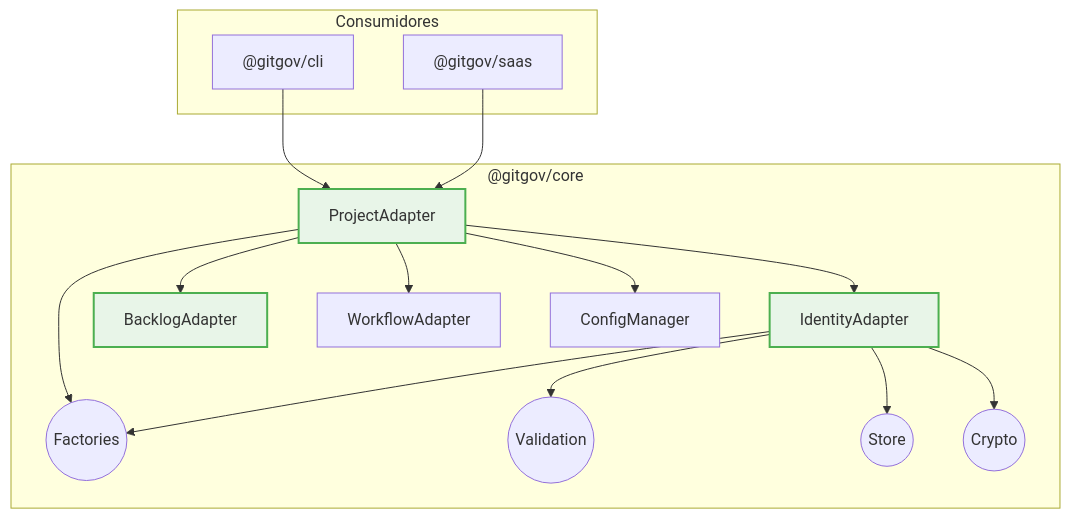
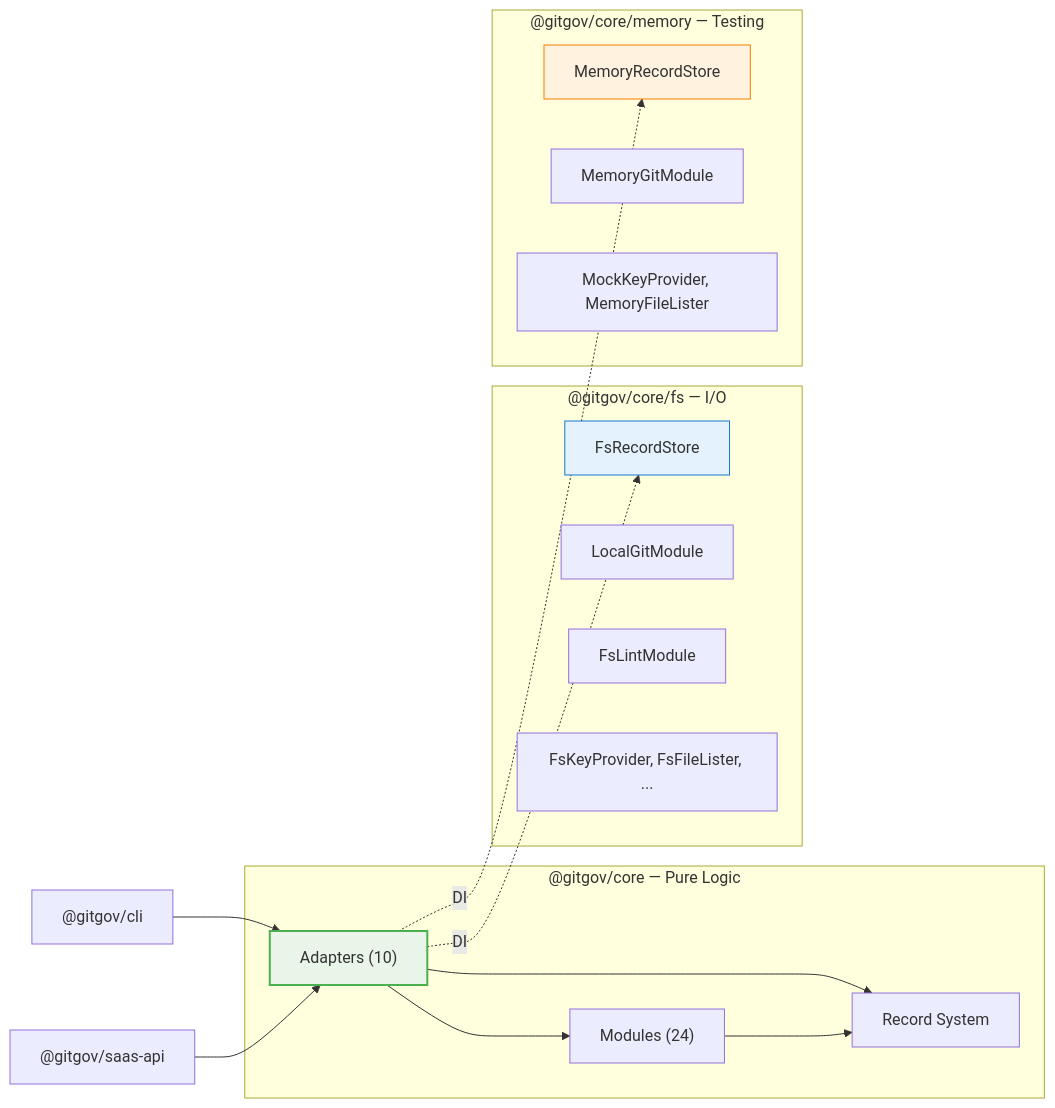
Before and after one commit to gitgovernance/monorepo: the diagram in packages/core/README.md, drawn with Mermaid. The commit also changed other lines of this file and 1 other file, not shown here.

First line of the commit message:
docs(core,cli): rewrite package READMEs

````diff
--- a/packages/core/README.md
+++ b/packages/core/README.md
@@ -138,26 +47,35 @@
 ```mermaid
-graph TD
-    subgraph "@gitgov/core"
-        PA[ProjectAdapter] --> IA[IdentityAdapter];
-        PA --> BA[BacklogAdapter];
-        PA --> WMA[WorkflowAdapter];
-        PA --> CM[ConfigManager];
-        PA --> F((Factories));
-        IA --> F;
-        IA --> V((Validation));
-        IA --> S((Store));
-        IA --> CR((Crypto));
+graph LR
+    subgraph "@gitgov/core — Pure Logic"
+        Adapters["Adapters (10)"]
+        Modules["Modules (24)"]
+        Records["Record System"]
+
+        Adapters --> Modules
+        Adapters --> Records
+        Modules --> Records
     end
 
-    subgraph "Consumidores"
-        CLI["@gitgov/cli"]
-        SAAS["@gitgov/saas"]
+    subgraph "@gitgov/core/fs — I/O"
+        FsStore["FsRecordStore"]
+        FsGit["LocalGitModule"]
+        FsLint["FsLintModule"]
+        FsOther["FsKeyProvider, FsFileLister, ..."]
     end
 
-    CLI --> PA;
-    SAAS --> PA;
+    subgraph "@gitgov/core/memory — Testing"
+        MemStore["MemoryRecordStore"]
+        MemGit["MemoryGitModule"]
+        MemOther["MockKeyProvider, MemoryFileLister"]
+    end
 
-    style PA fill:#e8f5e8,stroke:#4caf50,stroke-width:2px
-    style IA fill:#e8f5e8,stroke:#4caf50,stroke-width:2px
-    style BA fill:#e8f5e8,stroke:#4caf50,stroke-width:2px
+    Adapters -.->|DI| FsStore
+    Adapters -.->|DI| MemStore
+
+    CLI["@gitgov/cli"] --> Adapters
+    SaaS["@gitgov/saas-api"] --> Adapters
+
+    style Adapters fill:#e8f5e8,stroke:#4caf50,stroke-width:2px
+    style FsStore fill:#e3f2fd,stroke:#1976d2
+    style MemStore fill:#fff3e0,stroke:#f57c00
 ```
````
